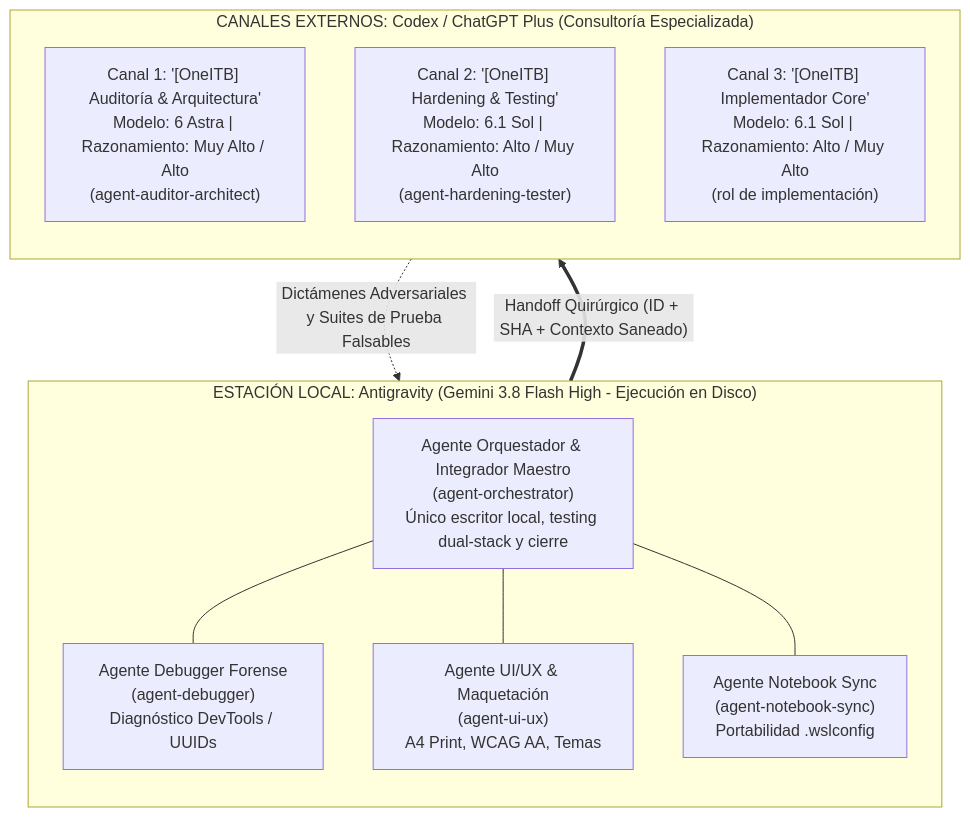
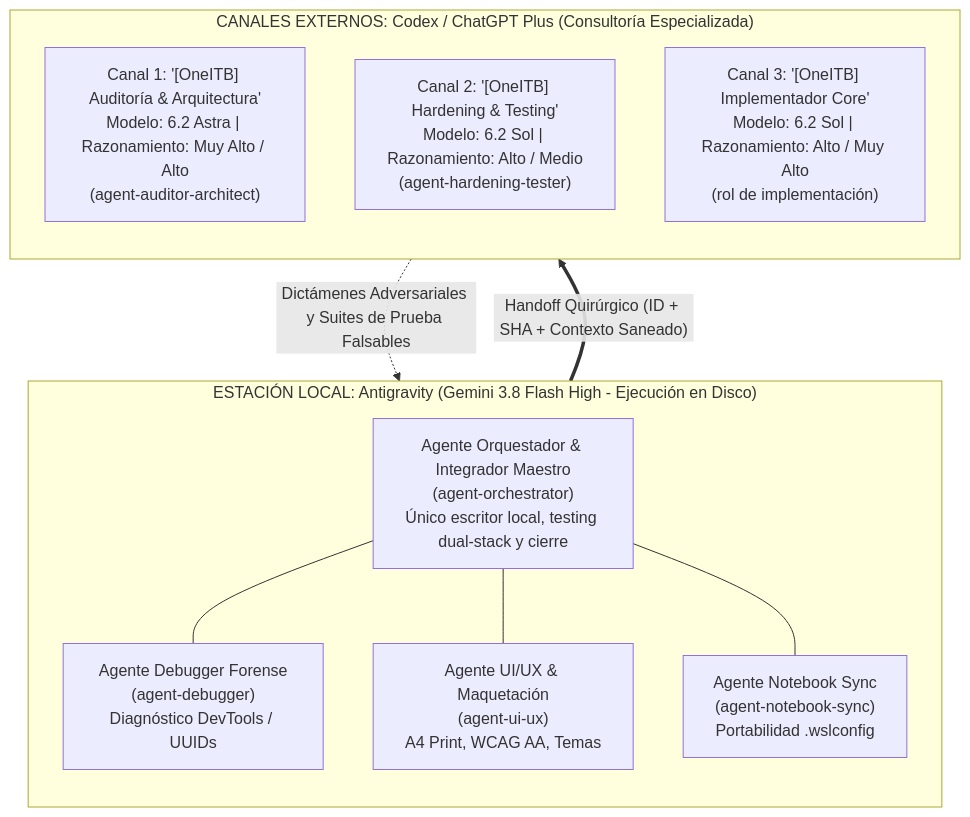
One commit to fagdiaz/OneITB changed the diagram in docs/project_docs/MULTI_AGENT_FRAMEWORK.md. Above: the diagram before and after it, drawn with Mermaid. The commit also changed other lines of this file and 16 other files, not shown here.

````diff
--- a/docs/project_docs/MULTI_AGENT_FRAMEWORK.md
+++ b/docs/project_docs/MULTI_AGENT_FRAMEWORK.md
@@ -15,24 +15,24 @@
 ```mermaid
 flowchart TD
     subgraph Local["ESTACIÓN LOCAL: Antigravity (Gemini 3.8 Flash High - Ejecución en Disco)"]
         direction TB
         ORCH["Agente Orquestador & Integrador Maestro\n(agent-orchestrator)\nÚnico escritor local, testing dual-stack y cierre"]
         DEB["Agente Debugger Forense\n(agent-debugger)\nDiagnóstico DevTools / UUIDs"]
         UI["Agente UI/UX & Maquetación\n(agent-ui-ux)\nA4 Print, WCAG AA, Temas"]
         SYNC["Agente Notebook Sync\n(agent-notebook-sync)\nPortabilidad .wslconfig"]
 
         ORCH --- DEB
         ORCH --- UI
         ORCH --- SYNC
     end
 
     subgraph External["CANALES EXTERNOS: Codex / ChatGPT Plus (Consultoría Especializada)"]
         direction TB
-        CH1["Canal 1: '[OneITB] Auditoría & Arquitectura'\nModelo: 6 Astra | Razonamiento: Muy Alto / Alto\n(agent-auditor-architect)"]
-        CH2["Canal 2: '[OneITB] Hardening & Testing'\nModelo: 6.1 Sol | Razonamiento: Alto / Muy Alto\n(agent-hardening-tester)"]
-        CH3["Canal 3: '[OneITB] Implementador Core'\nModelo: 6.1 Sol | Razonamiento: Alto / Muy Alto\n(rol de implementación)"]
+        CH1["Canal 1: '[OneITB] Auditoría & Arquitectura'\nModelo: 6.2 Astra | Razonamiento: Muy Alto / Alto\n(agent-auditor-architect)"]
+        CH2["Canal 2: '[OneITB] Hardening & Testing'\nModelo: 6.2 Sol | Razonamiento: Alto / Medio\n(agent-hardening-tester)"]
+        CH3["Canal 3: '[OneITB] Implementador Core'\nModelo: 6.2 Sol | Razonamiento: Alto / Muy Alto\n(rol de implementación)"]
     end
 
     ORCH ==>|"Handoff Quirúrgico (ID + SHA + Contexto Saneado)"| External
     External -.->|"Dictámenes Adversariales y Suites de Prueba Falsables"| ORCH
 ```
````
